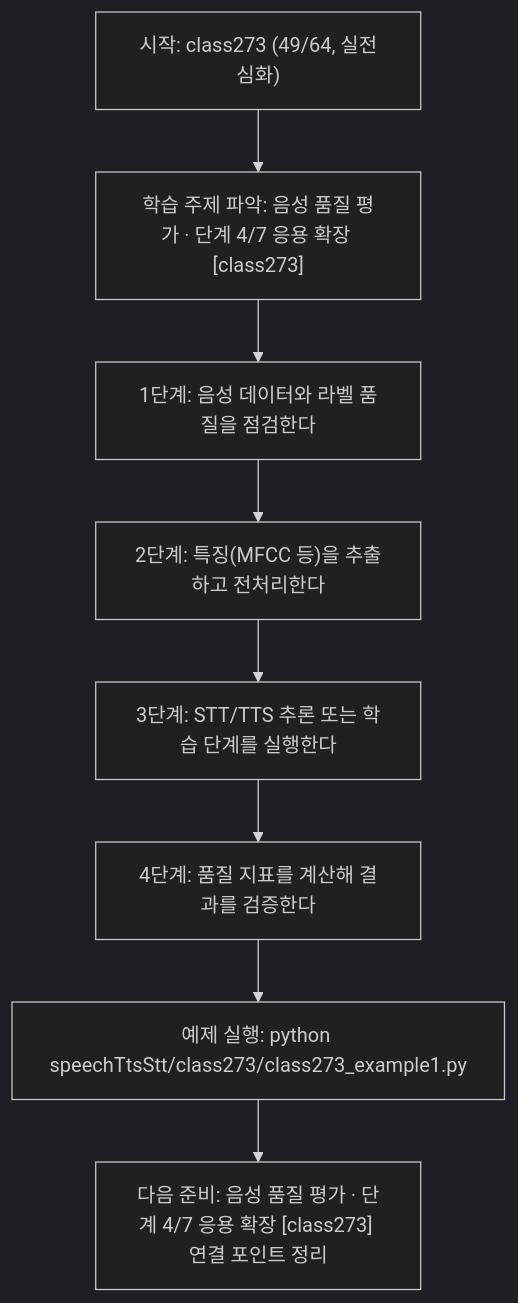
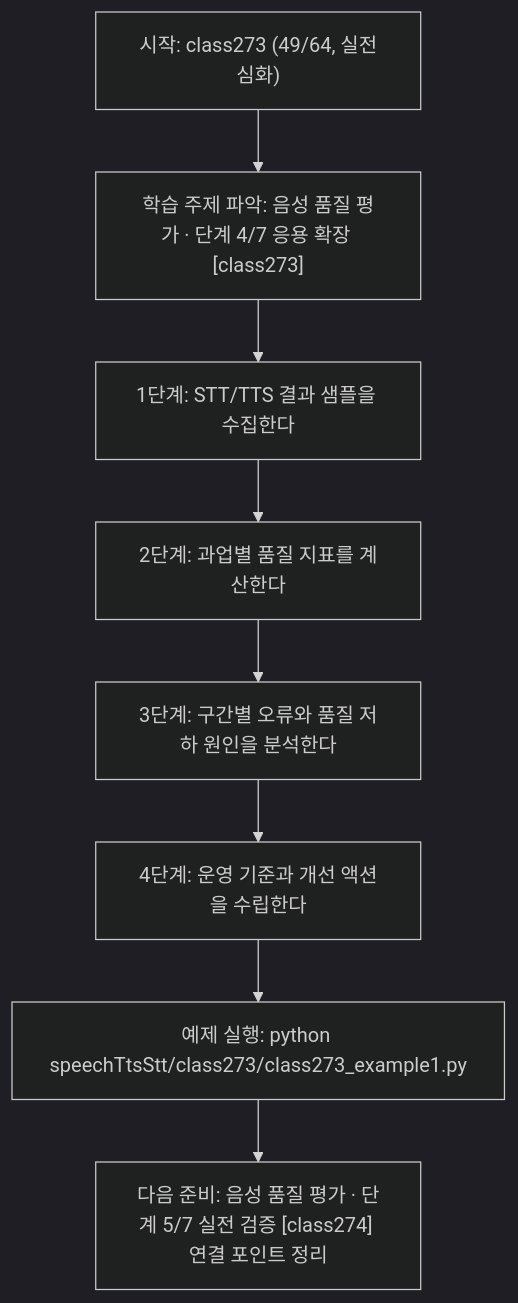
Before and after one commit to edumgt/Python-AI_Agent-Class: the diagram in speechTtsStt/class273/class273.md, drawn with Mermaid (dark theme). The commit also changed other lines of this file and 1122 other files, not shown here.

````diff
--- a/speechTtsStt/class273/class273.md
+++ b/speechTtsStt/class273/class273.md
@@ -114,18 +95,18 @@
 ```mermaid
 flowchart TD
 N1["시작: class273 (49/64, 실전심화)"]
 N2["학습 주제 파악: 음성 품질 평가 · 단계 4/7 응용 확장 [class273]"]
-N3["1단계: 음성 데이터와 라벨 품질을 점검한다"]
-N4["2단계: 특징(MFCC 등)을 추출하고 전처리한다"]
-N5["3단계: STT/TTS 추론 또는 학습 단계를 실행한다"]
-N6["4단계: 품질 지표를 계산해 결과를 검증한다"]
+N3["1단계: STT/TTS 결과 샘플을 수집한다"]
+N4["2단계: 과업별 품질 지표를 계산한다"]
+N5["3단계: 구간별 오류와 품질 저하 원인을 분석한다"]
+N6["4단계: 운영 기준과 개선 액션을 수립한다"]
 N7["예제 실행: python speechTtsStt/class273/class273_example1.py"]
-N8["다음 준비: 음성 품질 평가 · 단계 4/7 응용 확장 [class273] 연결 포인트 정리"]
+N8["다음 준비: 음성 품질 평가 · 단계 5/7 실전 검증 [class274] 연결 포인트 정리"]
 N1 --> N2
 N2 --> N3
 N3 --> N4
 N4 --> N5
 N5 --> N6
 N6 --> N7
 N7 --> N8
 ```
````
